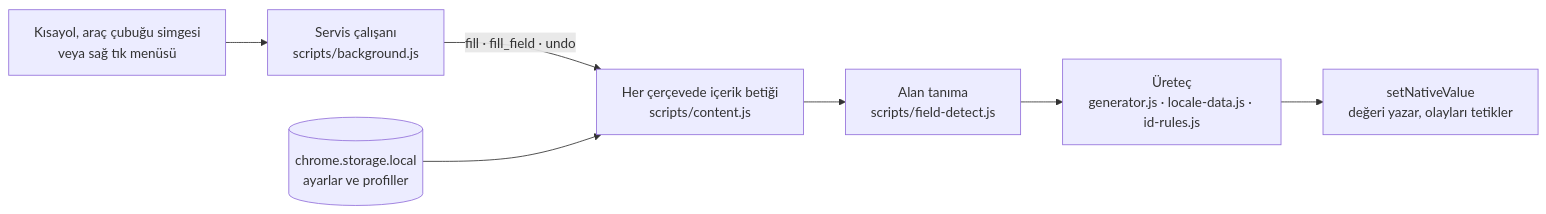
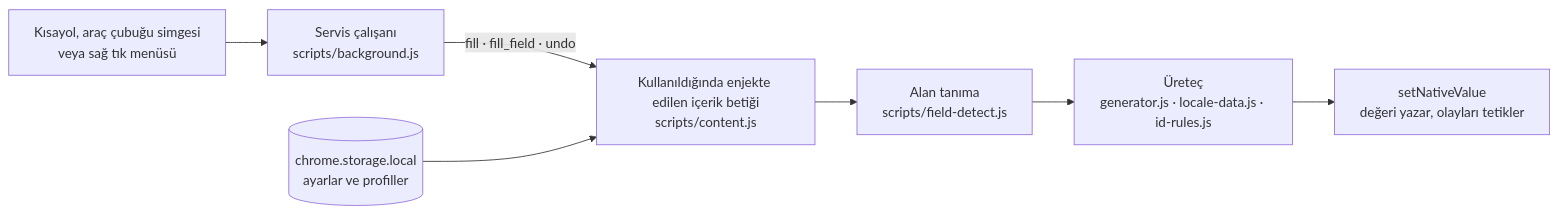
One commit to kilicberkay/FillHub changed the diagram in README.tr.md. Above: the diagram before and after it, drawn with Mermaid. The commit also changed other lines of this file and 17 other files, not shown here.

First line of the commit message:
Inject content scripts on demand and correct documentation

````diff
--- a/README.tr.md
+++ b/README.tr.md
@@ -225,9 +225,9 @@
 ```mermaid
 flowchart LR
     A["Kısayol, araç çubuğu simgesi<br/>veya sağ tık menüsü"] --> B["Servis çalışanı<br/>scripts/background.js"]
-    B -->|"fill · fill_field · undo"| C["Her çerçevede içerik betiği<br/>scripts/content.js"]
+    B -->|"fill · fill_field · undo"| C["Kullanıldığında enjekte edilen içerik betiği<br/>scripts/content.js"]
     S[("chrome.storage.local<br/>ayarlar ve profiller")] --> C
     C --> D["Alan tanıma<br/>scripts/field-detect.js"]
     D --> E["Üreteç<br/>generator.js · locale-data.js · id-rules.js"]
     E --> F["setNativeValue<br/>değeri yazar, olayları tetikler"]
 ```
````
